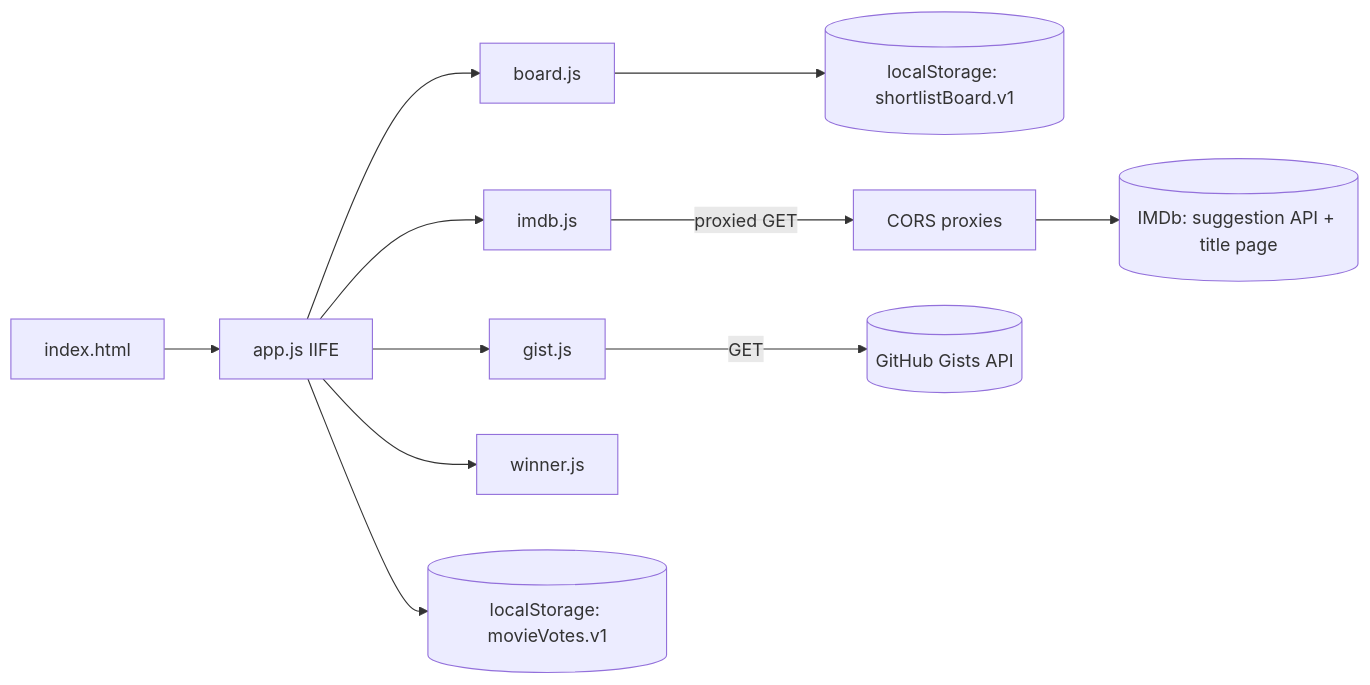
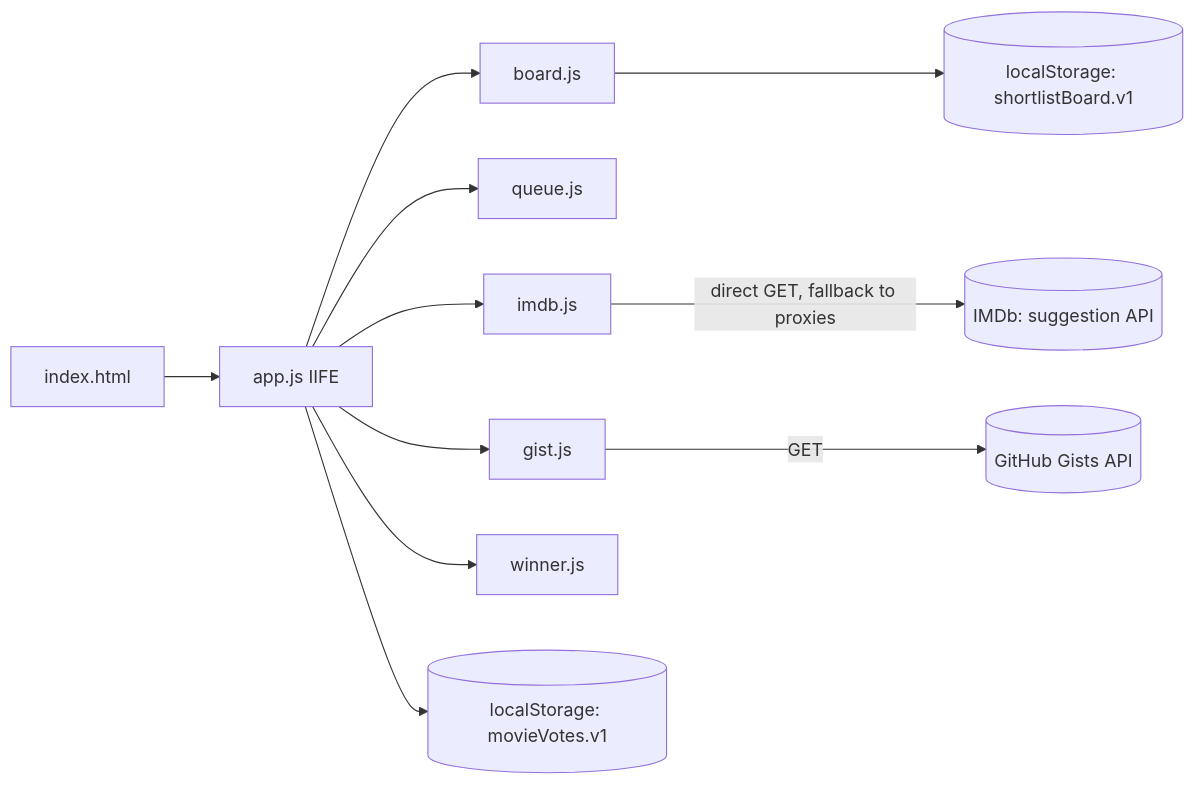
One commit to leandjb/movies-selector changed the first of 2 diagrams in README.md. Above: the diagram before and after it, drawn with Mermaid. The commit also changed other lines of this file and 48 other files, not shown here.

````diff
--- a/README.md
+++ b/README.md
@@ -52,13 +61,13 @@
 ```mermaid
 flowchart LR
   HTML[index.html] --> APP[app.js IIFE]
   APP --> BOARD[board.js]
+  APP --> Q[queue.js]
   APP --> IMDB[imdb.js]
   APP --> GIST[gist.js]
   APP --> WIN[winner.js]
   BOARD --> LS1[(localStorage: shortlistBoard.v1)]
   APP --> LS2[(localStorage: movieVotes.v1)]
-  IMDB -->|proxied GET| PROXY[CORS proxies]
-  PROXY --> IMDb[(IMDb: suggestion API + title page)]
+  IMDB -->|direct GET, fallback to proxies| IMDb[(IMDb: suggestion API)]
   GIST -->|GET| GH[(GitHub Gists API)]
 ```
````
